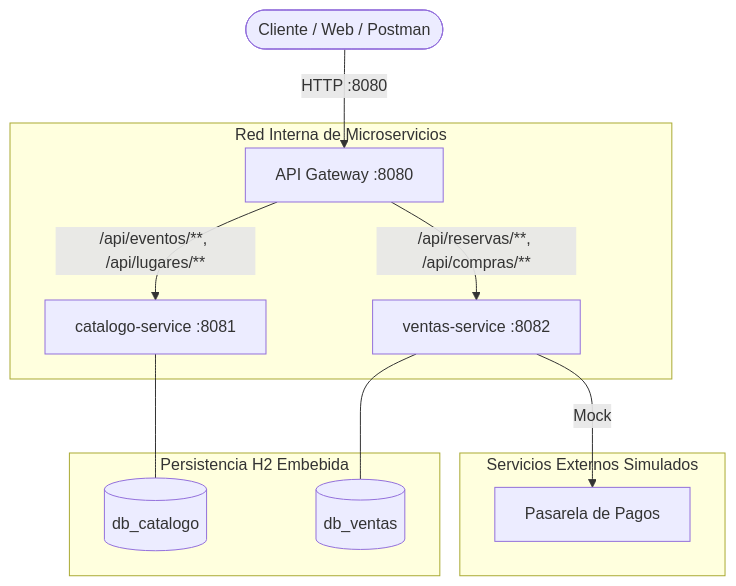
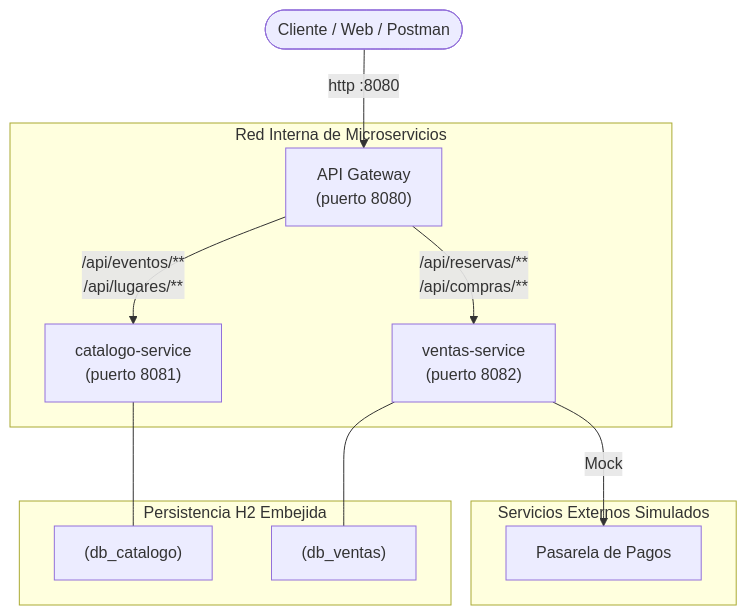
One commit to BrandonPenna/GrupoArqui changed the first of 3 diagrams in docs/arquitectura.md. Above: the diagram before and after it, drawn with Mermaid.

Commit message:
docs: ajustar espaciado y saltos de linea en diagrama de modulos

````diff
--- a/docs/arquitectura.md
+++ b/docs/arquitectura.md
@@ -5,18 +5,18 @@
 ```mermaid
 graph TD
-    Client([Cliente / Web / Postman]) -->|HTTP :8080| Gateway[API Gateway :8080]
+    Client(["Cliente / Web / Postman"]) -->|"http :8080"| Gateway["API Gateway<br/>(puerto 8080)"]
 
-    subgraph "Red Interna de Microservicios"
-        Gateway -->|/api/eventos/**, /api/lugares/**| CatService[catalogo-service :8081]
-        Gateway -->|/api/reservas/**, /api/compras/**| VenService[ventas-service :8082]
+    subgraph RedInterna ["Red Interna de Microservicios"]
+        Gateway -->|"/api/eventos/**<br/>/api/lugares/**"| CatService["catalogo-service<br/>(puerto 8081)"]
+        Gateway -->|"/api/reservas/**<br/>/api/compras/**"| VenService["ventas-service<br/>(puerto 8082)"]
     end
 
-    subgraph "Persistencia H2 Embebida"
-        CatService --- DBCat[(db_catalogo)]
-        VenService --- DBVen[(db_ventas)]
+    subgraph BasesDatos ["Persistencia H2 Embejida"]
+        CatService --- DBCat["(db_catalogo)"]
+        VenService --- DBVen["(db_ventas)"]
     end
 
-    subgraph "Servicios Externos Simulados"
-        VenService -->|Mock| Pasarela[Pasarela de Pagos]
+    subgraph Externos ["Servicios Externos Simulados"]
+        VenService -->|"Mock"| Pasarela["Pasarela de Pagos"]
     end
 ```
````
